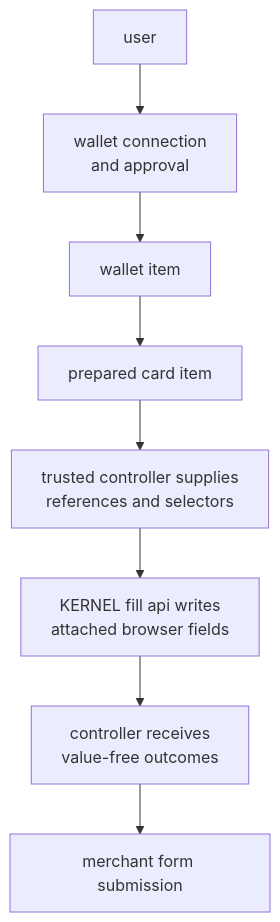
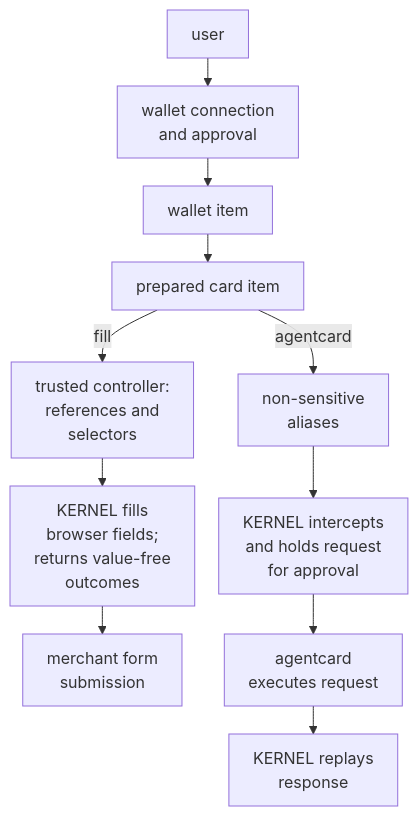
The diagram in browsers/payments.mdx (kernel/docs), drawn with Mermaid before and after one commit. The commit also changed other lines of this file, not shown here.

Commit message:
Keep payment branches together in a compact vertical diagram

````diff
--- a/browsers/payments.mdx
+++ b/browsers/payments.mdx
@@ -34,10 +32,14 @@
-    ```mermaid
-    flowchart TD
-      U[user] --> H["wallet connection<br/>and approval"]
-      H --> W[wallet item]
-      W --> C[prepared card item]
-      C --> T["trusted controller supplies<br/>references and selectors"]
-      T --> F["KERNEL fill api writes<br/>attached browser fields"]
-      F --> O["controller receives<br/>value-free outcomes"]
-      O --> S[merchant form submission]
-    ```
+```mermaid
+%%{init: {"flowchart": {"nodeSpacing": 24, "rankSpacing": 28, "padding": 12}}}%%
+flowchart TD
+  U[user] --> H["wallet connection<br/>and approval"]
+  H --> W[wallet item]
+  W --> C[prepared card item]
+  C -->|fill| T["trusted controller:<br/>references and<br/>selectors"]
+  T --> F["KERNEL fills<br/>browser fields;<br/>returns value-free<br/>outcomes"]
+  F --> S["merchant form<br/>submission"]
+  C -->|agentcard| A["non-sensitive<br/>aliases"]
+  A --> E["KERNEL intercepts<br/>and holds request<br/>for approval"]
+  E --> X["agentcard<br/>executes request"]
+  X --> R["KERNEL replays<br/>response"]
+```
````
